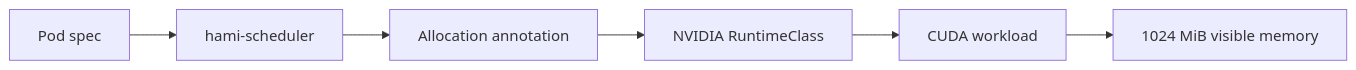
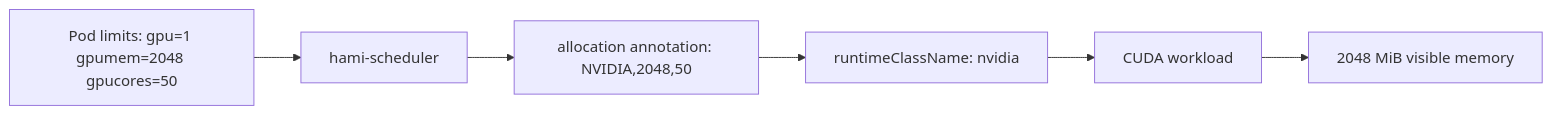
One commit to Project-HAMi/website changed the third of 3 diagrams in tutorials/labs/local-gpu-passthrough.md. Above: the diagram before and after it, drawn with Mermaid. The commit also changed other lines of this file and 11 other files, not shown here.

````diff
--- a/tutorials/labs/local-gpu-passthrough.md
+++ b/tutorials/labs/local-gpu-passthrough.md
@@ -793,9 +1120,8 @@
 ```mermaid
-%% title: HAMi Workload Path
 flowchart LR
-    PodSpec["Pod spec"] --> Scheduler["hami-scheduler"]
-    Scheduler --> Annotation["Allocation annotation"]
-    Annotation --> RuntimeClass["NVIDIA RuntimeClass"]
-    RuntimeClass --> CUDA["CUDA workload"]
-    CUDA --> Memory["1024 MiB visible memory"]
+  Pod["Pod limits: gpu=1 gpumem=2048 gpucores=50"] --> Scheduler["hami-scheduler"]
+  Scheduler --> Annotation["allocation annotation: NVIDIA,2048,50"]
+  Annotation --> RuntimeClass["runtimeClassName: nvidia"]
+  RuntimeClass --> CUDA["CUDA workload"]
+  CUDA --> Slice["2048 MiB visible memory"]
 ```
````
